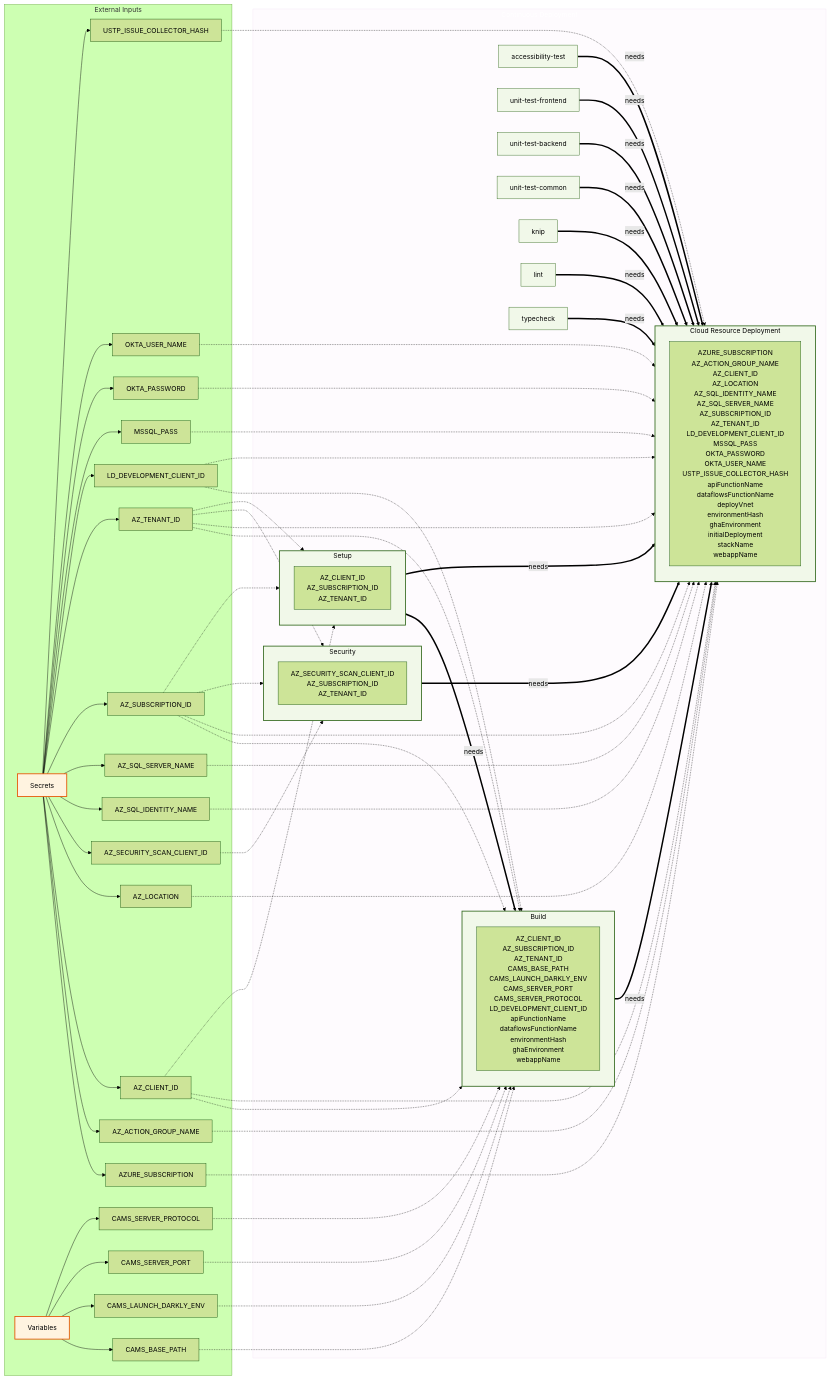
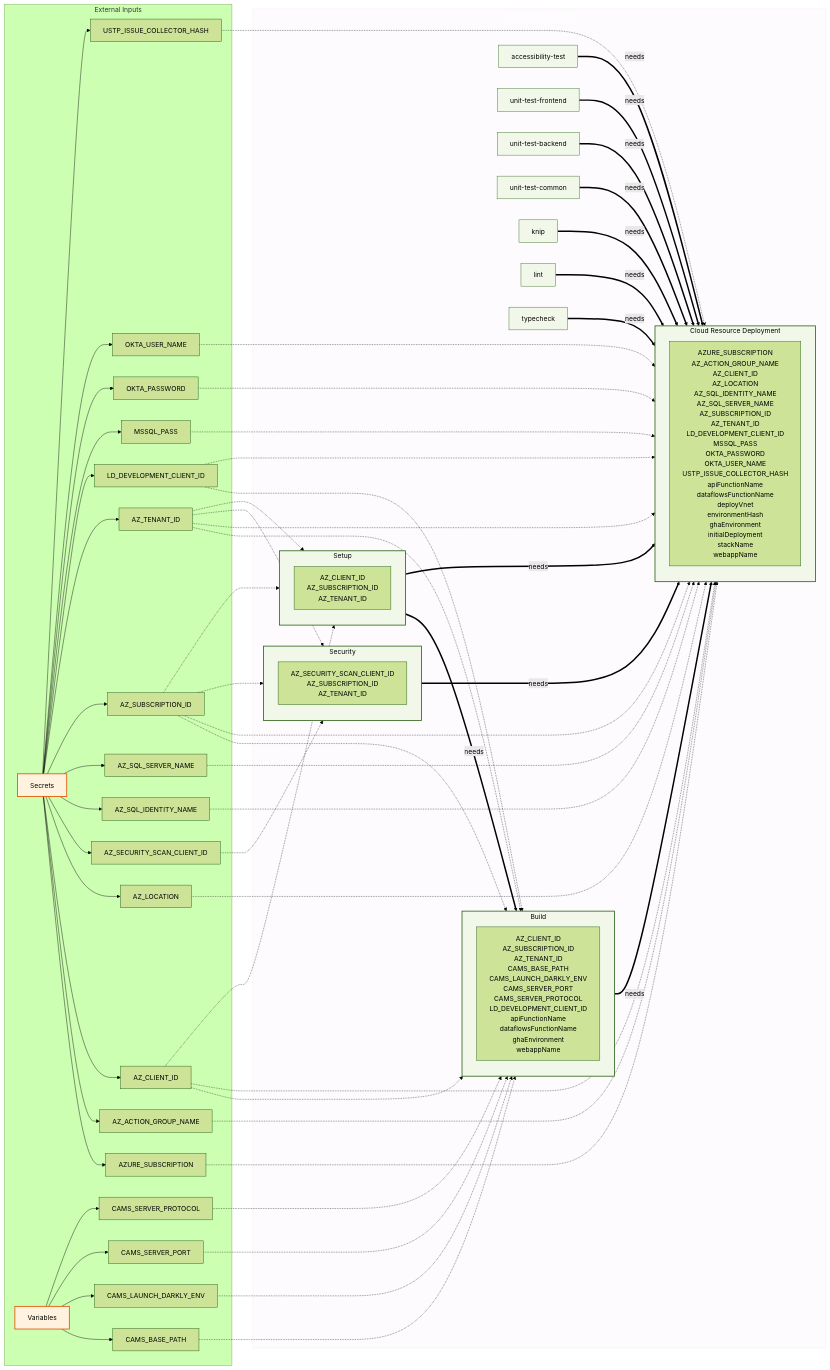
The eighth of 25 diagrams in docs/operations/workflow-diagram.md (US-Trustee-Program/Bankruptcy-Oversight-Support-Systems), drawn with Mermaid (forest theme) before and after one commit. The commit also changed other lines of this file and 4 other files, not shown here.

First line of the commit message:
Remove dead environmentHash pass-through chain

```diff
--- a/docs/operations/workflow-diagram.md
+++ b/docs/operations/workflow-diagram.md
@@ -367,7 +367,7 @@
             security_scan_vars["AZ_SECURITY_SCAN_CLIENT_ID<br/>AZ_SUBSCRIPTION_ID<br/>AZ_TENANT_ID"]
         end
         subgraph build_subgraph["Build"]
-            build_vars["AZ_CLIENT_ID<br/>AZ_SUBSCRIPTION_ID<br/>AZ_TENANT_ID<br/>CAMS_BASE_PATH<br/>CAMS_LAUNCH_DARKLY_ENV<br/>CAMS_SERVER_PORT<br/>CAMS_SERVER_PROTOCOL<br/>LD_DEVELOPMENT_CLIENT_ID<br/>apiFunctionName<br/>dataflowsFunctionName<br/>environmentHash<br/>ghaEnvironment<br/>webappName"]
+            build_vars["AZ_CLIENT_ID<br/>AZ_SUBSCRIPTION_ID<br/>AZ_TENANT_ID<br/>CAMS_BASE_PATH<br/>CAMS_LAUNCH_DARKLY_ENV<br/>CAMS_SERVER_PORT<br/>CAMS_SERVER_PROTOCOL<br/>LD_DEVELOPMENT_CLIENT_ID<br/>apiFunctionName<br/>dataflowsFunctionName<br/>ghaEnvironment<br/>webappName"]
         end
         subgraph deploy_subgraph["Cloud Resource Deployment"]
             deploy_vars["AZURE_SUBSCRIPTION<br/>AZ_ACTION_GROUP_NAME<br/>AZ_CLIENT_ID<br/>AZ_LOCATION<br/>AZ_SQL_IDENTITY_NAME<br/>AZ_SQL_SERVER_NAME<br/>AZ_SUBSCRIPTION_ID<br/>AZ_TENANT_ID<br/>LD_DEVELOPMENT_CLIENT_ID<br/>MSSQL_PASS<br/>OKTA_PASSWORD<br/>OKTA_USER_NAME<br/>USTP_ISSUE_COLLECTOR_HASH<br/>apiFunctionName<br/>dataflowsFunctionName<br/>deployVnet<br/>environmentHash<br/>ghaEnvironment<br/>initialDeployment<br/>stackName<br/>webappName"]
```
